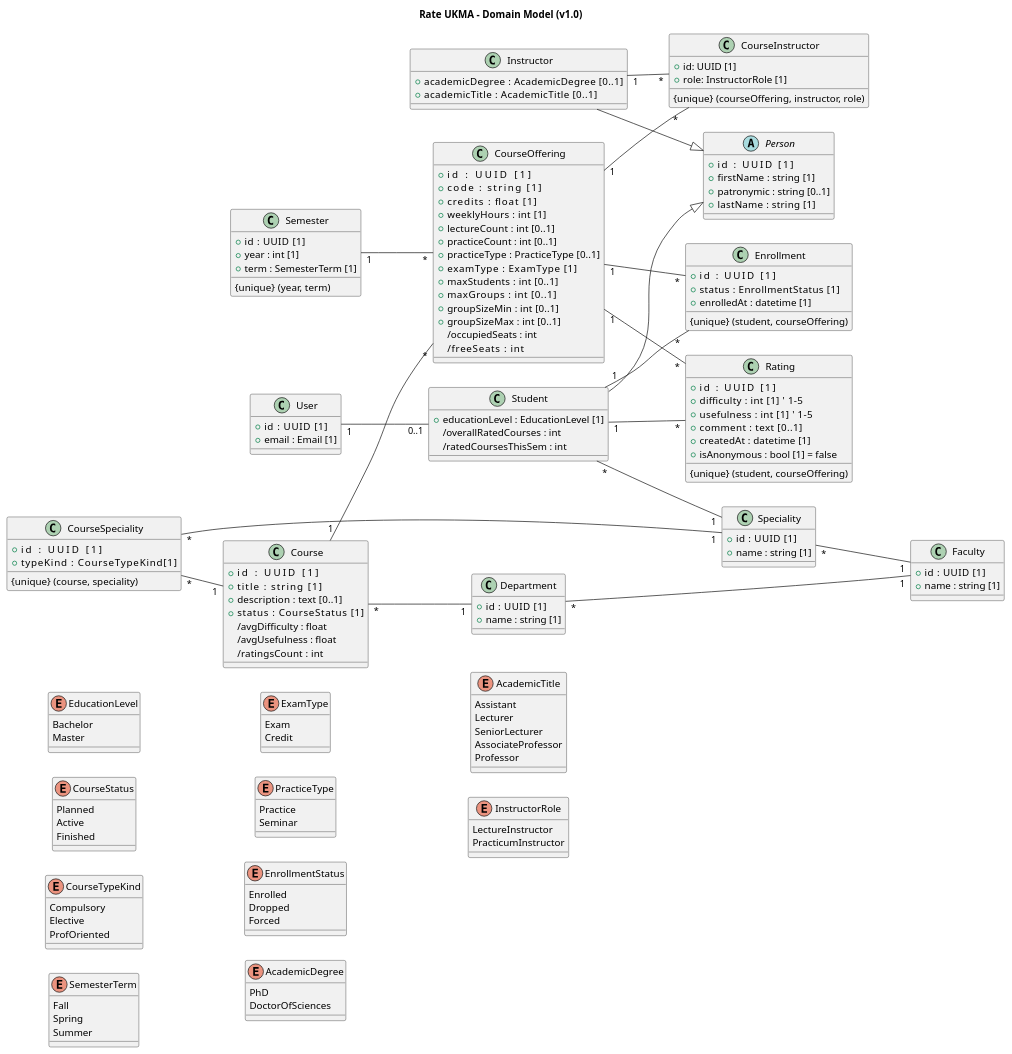
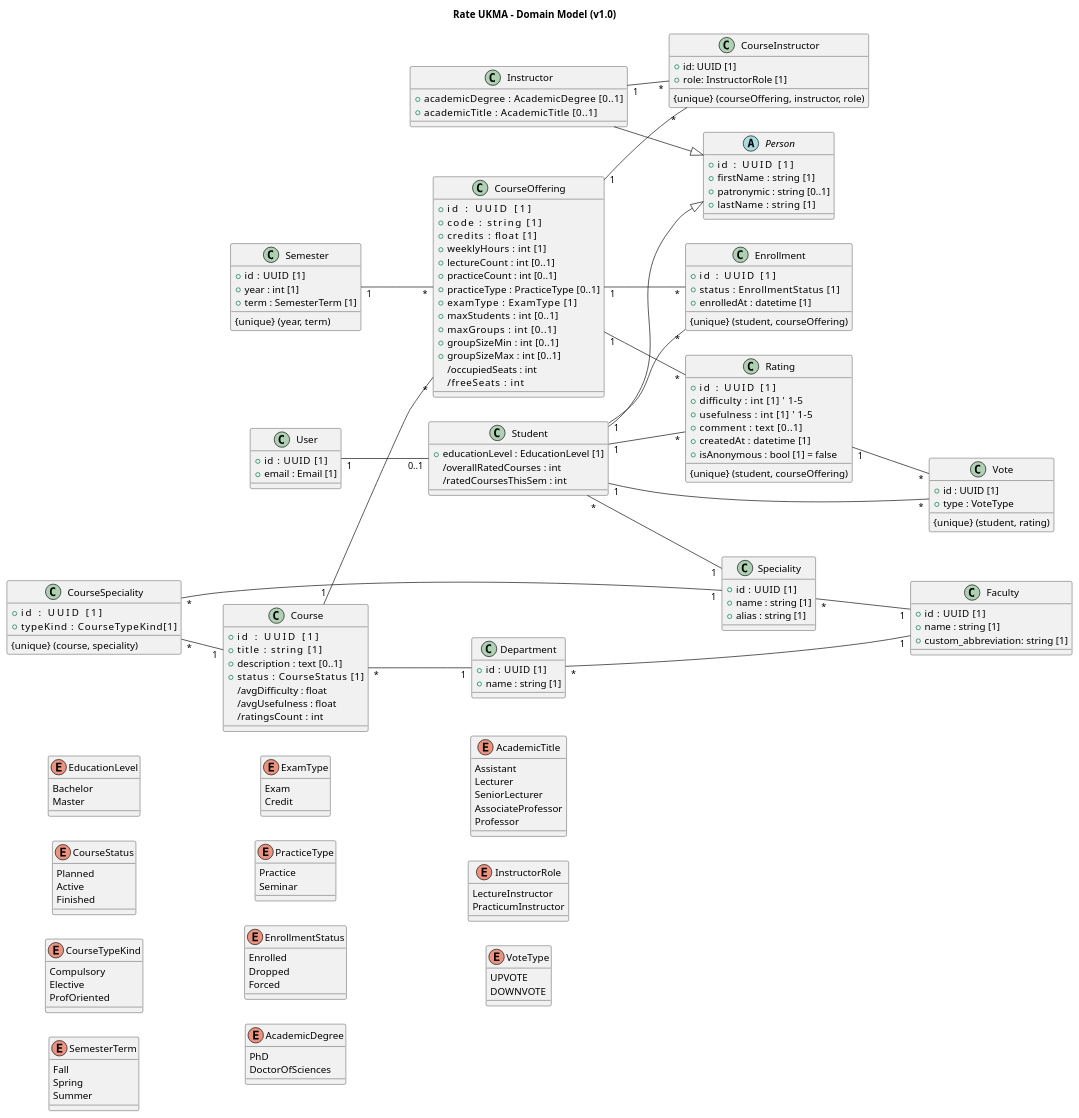
Before and after one commit to ukma-cs-ssdm-2025/rate-ukma: the diagram in docs/architecture/uml/domain-model.puml, drawn with PlantUML. The commit also changed 44 other files, not shown here.

```diff
--- a/docs/architecture/uml/domain-model.puml
+++ b/docs/architecture/uml/domain-model.puml
@@ -1,180 +1,195 @@
 @startuml core-domain-model
 title Rate UKMA – Domain Model (v1.0)
 left to right direction
 
 class User {
   +id    : UUID [1]
   +email : Email [1]
 }
 
 abstract class Person {
   +id         : UUID [1]
   +firstName  : string [1]
   +patronymic : string [0..1]
   +lastName   : string [1]
 }
 
 class Student {
   +educationLevel : EducationLevel [1]
   /overallRatedCourses : int
   /ratedCoursesThisSem : int
 }
 User "1" -- "0..1" Student
 Student "*" -- "1" Speciality
 Student --|> Person
 
 class Instructor {
   +academicDegree     : AcademicDegree [0..1]
   +academicTitle      : AcademicTitle [0..1]
 }
 Instructor --|> Person
 
 class Faculty {
   +id   : UUID [1]
   +name : string [1]
+  +custom_abbreviation: string [1]
 }
 
 class Department {
   +id   : UUID [1]
   +name : string [1]
 }
 Department "*" -- "1" Faculty
 
 class Speciality {
   +id   : UUID [1]
   +name : string [1]
+  +alias : string [1]
 }
 Speciality "*" -- "1" Faculty
 
 class Course {
   +id           : UUID [1]
   +title        : string [1]
   +description  : text [0..1]
   +status       : CourseStatus [1]
   /avgDifficulty : float
   /avgUsefulness : float
   /ratingsCount  : int
 }
 Course "*" -- "1" Department
 
 class CourseSpeciality {
   +id           : UUID [1]
   +typeKind         : CourseTypeKind[1]
   {unique} (course, speciality)
 }
 CourseSpeciality "*" -- "1" Course
 CourseSpeciality "*" -- "1" Speciality
 
 class Semester {
   +id   : UUID [1]
   +year : int [1]
   +term : SemesterTerm [1]
   {unique} (year, term)
 }
 
 class CourseOffering {
   +id            : UUID [1]
   +code          : string [1]
   +credits       : float [1]
   +weeklyHours   : int [1]
   +lectureCount  : int [0..1]
   +practiceCount : int [0..1]
   +practiceType  : PracticeType [0..1]
   +examType      : ExamType [1]
   +maxStudents   : int [0..1]
   +maxGroups     : int [0..1]
   +groupSizeMin  : int [0..1]
   +groupSizeMax  : int [0..1]
   /occupiedSeats : int
   /freeSeats     : int
 }
 Course "1"   -- "*" CourseOffering
 Semester "1" -- "*" CourseOffering
 
 class CourseInstructor {
   +id: UUID [1]
   +role: InstructorRole [1]
   {unique} (courseOffering, instructor, role)
 }
 CourseOffering "1" -- "*" CourseInstructor
 Instructor "1" -- "*" CourseInstructor
 
 class Enrollment {
   +id         : UUID [1]
   +status     : EnrollmentStatus [1]
   +enrolledAt : datetime [1]
   {unique} (student, courseOffering)
 }
 Student "1"        -- "*" Enrollment
 CourseOffering "1" -- "*" Enrollment
 
 class Rating {
   +id         : UUID [1]
   +difficulty : int [1]    ' 1–5
   +usefulness : int [1]    ' 1–5
   +comment    : text [0..1]
   +createdAt  : datetime [1]
   +isAnonymous : bool [1] = false
   {unique} (student, courseOffering)
 }
 Student "1" -- "*" Rating
 CourseOffering  "1" -- "*" Rating
 
+class Vote {
+  +id : UUID [1]
+  +type : VoteType
+  {unique} (student, rating)
+}
+
+Student "1" -- "*" Vote
+Rating "1" -- "*" Vote
+
 enum EducationLevel {
   Bachelor
   Master
 }
 
 enum CourseStatus {
   Planned
   Active
   Finished
 }
 
 enum CourseTypeKind {
   Compulsory
   Elective
   ProfOriented
 }
 
 enum SemesterTerm {
   Fall
   Spring
   Summer
 }
 
 enum ExamType {
   Exam
   Credit
 }
 
 enum PracticeType {
   Practice
   Seminar
 }
 
 enum EnrollmentStatus {
   Enrolled
   Dropped
   Forced
 }
 
 enum AcademicDegree {
   PhD
   DoctorOfSciences
 }
 
 enum AcademicTitle {
   Assistant
   Lecturer
   SeniorLecturer
   AssociateProfessor   
   Professor            
 }
 
 enum InstructorRole {
   LectureInstructor
   PracticumInstructor
 }
 
+enum VoteType {
+  UPVOTE
+  DOWNVOTE
+}
 @enduml
```
